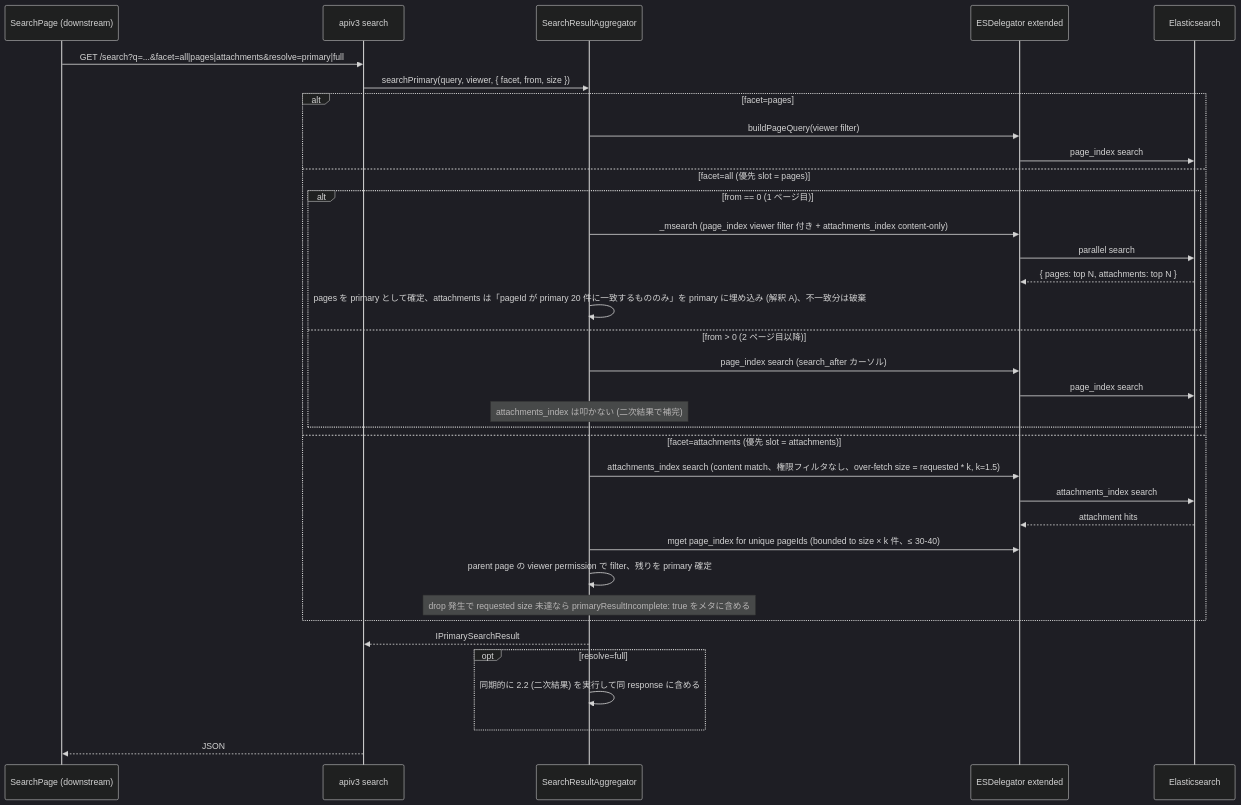
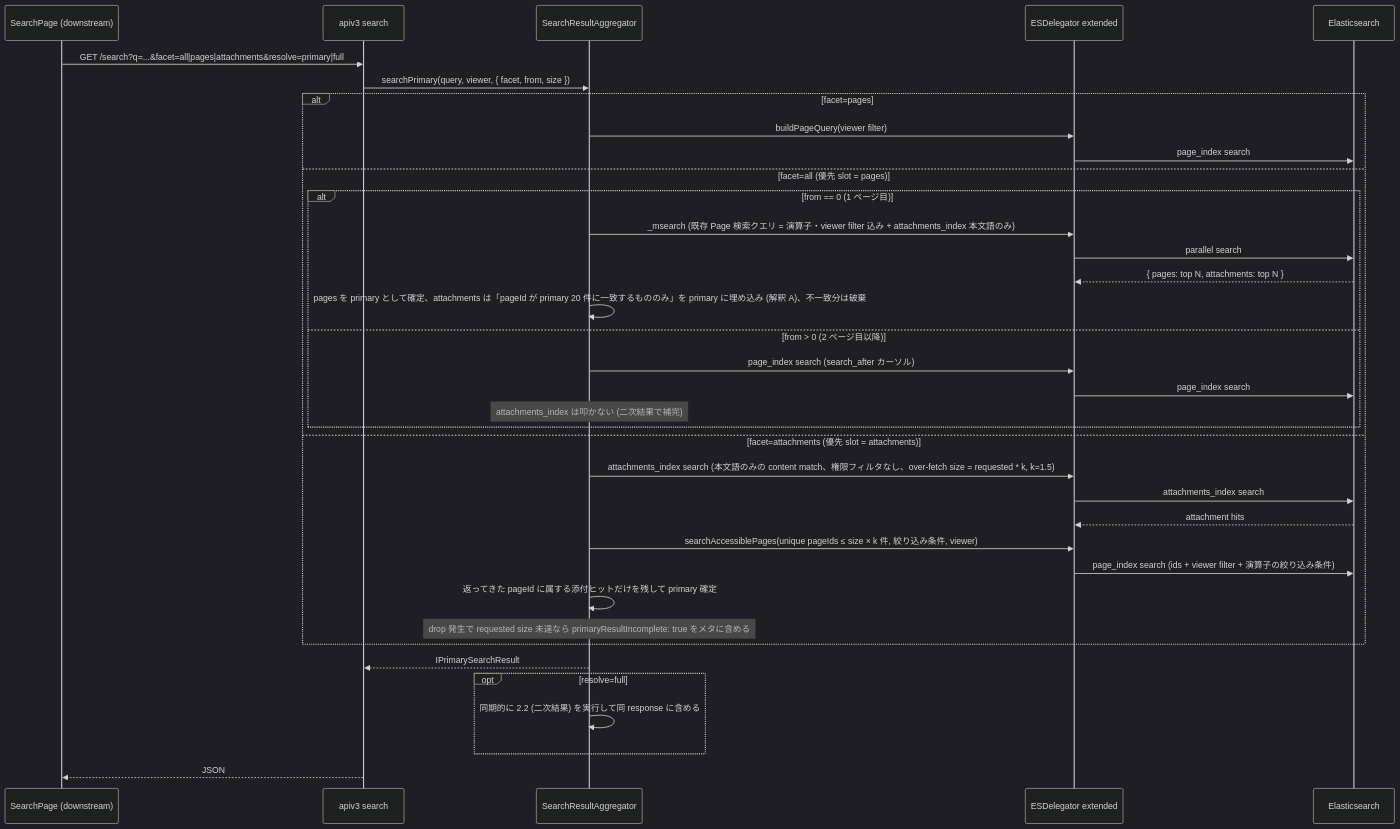
One commit to growilabs/growi changed the third of 6 diagrams in .kiro/specs/attachment-search-indexing/design.md. Above: the diagram before and after it, drawn with Mermaid (dark theme). The commit also changed other lines of this file and 3 other files, not shown here.

````diff
--- a/.kiro/specs/attachment-search-indexing/design.md
+++ b/.kiro/specs/attachment-search-indexing/design.md
@@ -304,40 +314,41 @@
 ```mermaid
 sequenceDiagram
     participant UI as SearchPage (downstream)
     participant Api as apiv3 search
     participant Svc as SearchResultAggregator
     participant Del as ESDelegator extended
     participant ES as Elasticsearch
 
     UI->>Api: GET /search?q=...&facet=all|pages|attachments&resolve=primary|full
     Api->>Svc: searchPrimary(query, viewer, { facet, from, size })
 
     alt facet=pages
         Svc->>Del: buildPageQuery(viewer filter)
         Del->>ES: page_index search
     else facet=all (優先 slot = pages)
         alt from == 0 (1 ページ目)
-            Svc->>Del: _msearch (page_index viewer filter 付き + attachments_index content-only)
+            Svc->>Del: _msearch (既存 Page 検索クエリ = 演算子・viewer filter 込み + attachments_index 本文語のみ)
             Del->>ES: parallel search
             ES-->>Del: { pages: top N, attachments: top N }
             Svc->>Svc: pages を primary として確定、attachments は「pageId が primary 20 件に一致するもののみ」を primary に埋め込み (解釈 A)、不一致分は破棄
         else from > 0 (2 ページ目以降)
             Svc->>Del: page_index search (search_after カーソル)
             Del->>ES: page_index search
             Note over Svc: attachments_index は叩かない (二次結果で補完)
         end
     else facet=attachments (優先 slot = attachments)
-        Svc->>Del: attachments_index search (content match、権限フィルタなし、over-fetch size = requested * k, k=1.5)
+        Svc->>Del: attachments_index search (本文語のみの content match、権限フィルタなし、over-fetch size = requested * k, k=1.5)
         Del->>ES: attachments_index search
         ES-->>Del: attachment hits
-        Svc->>Del: mget page_index for unique pageIds (bounded to size × k 件、≤ 30-40)
-        Svc->>Svc: parent page の viewer permission で filter、残りを primary 確定
+        Svc->>Del: searchAccessiblePages(unique pageIds ≤ size × k 件, 絞り込み条件, viewer)
+        Del->>ES: page_index search (ids + viewer filter + 演算子の絞り込み条件)
+        Svc->>Svc: 返ってきた pageId に属する添付ヒットだけを残して primary 確定
         Note over Svc: drop 発生で requested size 未達なら primaryResultIncomplete: true をメタに含める
     end
 
     Svc-->>Api: IPrimarySearchResult
     opt resolve=full
         Svc->>Svc: 同期的に 2.2 (二次結果) を実行して同 response に含める
     end
     Api-->>UI: JSON
 ```
````
